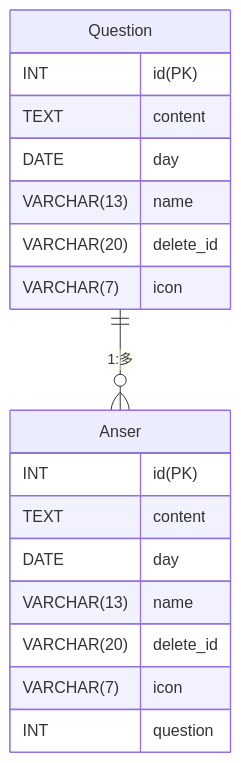
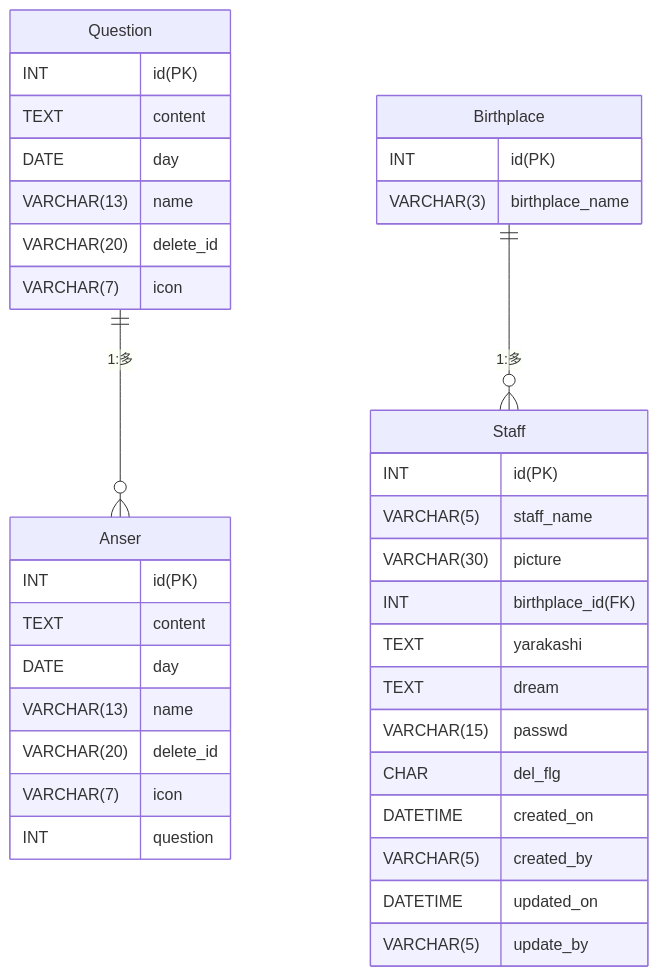
The diagram in er.md (juntaso/kintone), drawn with Mermaid before and after one commit.

````diff
--- a/er.md
+++ b/er.md
@@ -1,24 +1,47 @@
 ```mermaid
 erDiagram
 
 Question ||--o{ Anser: "1:多"
+Birthplace ||--o{ Staff: "1:多"
 
 Question{
 INT id(PK)
 TEXT content
 DATE day
 VARCHAR(13) name
 VARCHAR(20) delete_id
 VARCHAR(7) icon
 }
 
 Anser{
 INT id(PK)
 TEXT content
 DATE day
 VARCHAR(13) name
 VARCHAR(20) delete_id
 VARCHAR(7) icon
 INT question
 }
+
+Staff{
+ INT id(PK)
+ VARCHAR(5) staff_name
+ VARCHAR(30) picture
+ INT birthplace_id(FK)
+ TEXT yarakashi
+ TEXT dream
+ VARCHAR(15) passwd
+ CHAR del_flg
+ DATETIME created_on
+ VARCHAR(5) created_by
+ DATETIME updated_on
+ VARCHAR(5) update_by
+}
+
+Birthplace{
+INT id(PK)
+VARCHAR(3) birthplace_name
+}
+
+
 ```
````
